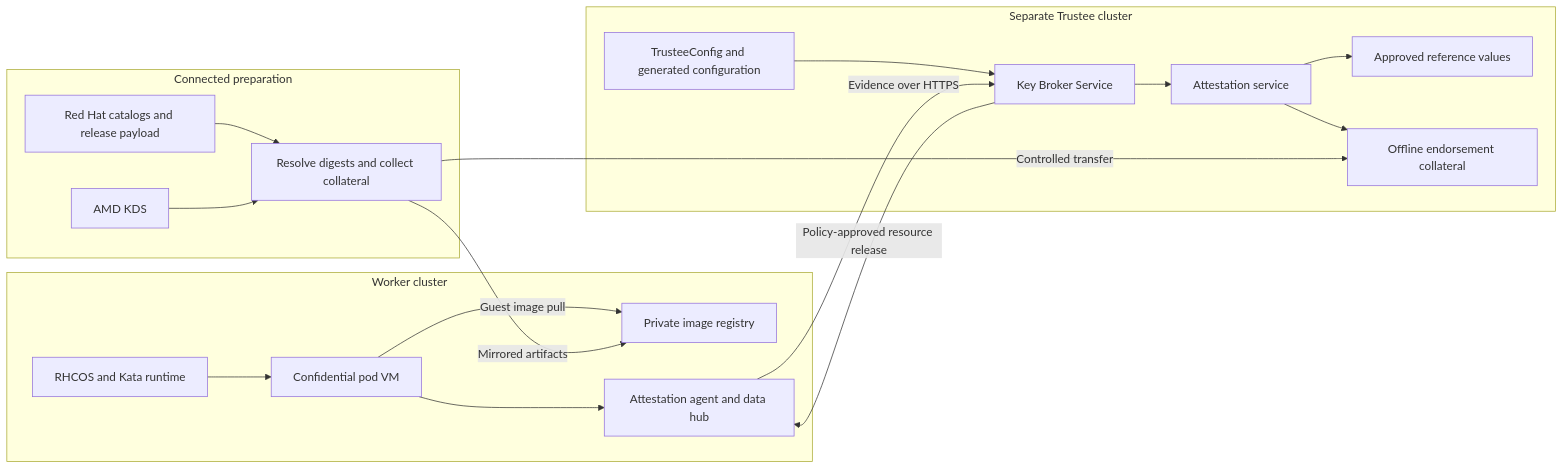
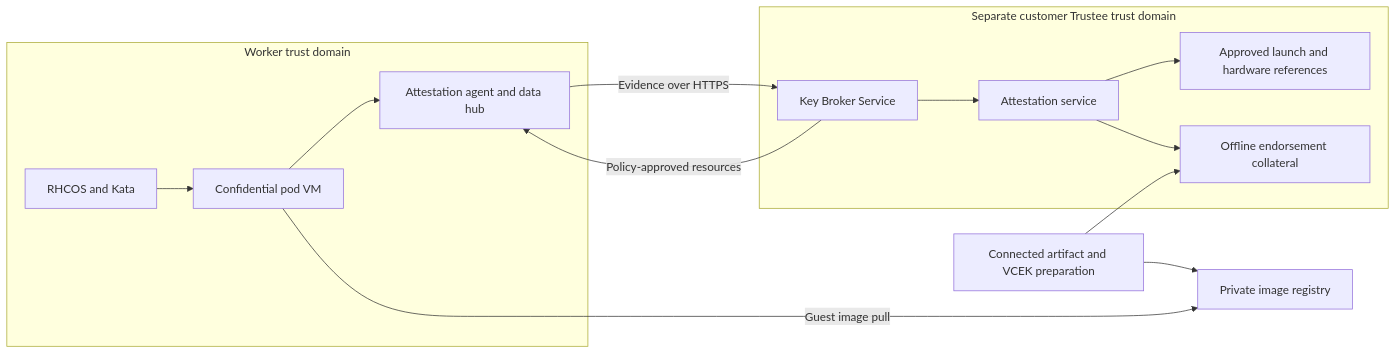
Before and after one commit to shpwrck/openshift-confidential-containers: the first of 3 diagrams in docs/architecture.md, drawn with Mermaid. The commit also changed other lines of this file and 69 other files, not shown here.

````diff
--- a/docs/architecture.md
+++ b/docs/architecture.md
@@ -7,34 +10,17 @@
 ```mermaid
 flowchart LR
-  subgraph Connected[Connected preparation]
-    Sources[Red Hat catalogs and release payload]
-    Vendor[AMD KDS]
-    Tools[Resolve digests and collect collateral]
-    Sources --> Tools
-    Vendor --> Tools
+  Sources[Connected artifact and VCEK preparation] --> Mirror[Private image registry]
+  Sources --> Collateral[Offline endorsement collateral]
+  subgraph Workers[Worker trust domain]
+    Host[RHCOS and Kata] --> Guest[Confidential pod VM]
+    Guest --> Agents[Attestation agent and data hub]
   end
-  subgraph WorkerDomain[Worker cluster]
-    Mirror[Private image registry]
-    Host[RHCOS and Kata runtime]
-    Guest[Confidential pod VM]
-    AA[Attestation agent and data hub]
-    Host --> Guest
-    Guest --> AA
-    Guest -->|Guest image pull| Mirror
+  subgraph Trust[Separate customer Trustee trust domain]
+    KBS[Key Broker Service] --> AS[Attestation service]
+    AS --> Refs[Approved launch and hardware references]
+    AS --> Collateral
   end
-  subgraph TrusteeDomain[Separate Trustee cluster]
-    TC[TrusteeConfig and generated configuration]
-    KBS[Key Broker Service]
-    AS[Attestation service]
-    RVPS[Approved reference values]
-    Offline[Offline endorsement collateral]
-    TC --> KBS
-    KBS --> AS
-    AS --> RVPS
-    AS --> Offline
-  end
-  Tools -->|Mirrored artifacts| Mirror
-  Tools -->|Controlled transfer| Offline
-  AA -->|Evidence over HTTPS| KBS
-  KBS -->|Policy-approved resource release| AA
+  Guest -->|Guest image pull| Mirror
+  Agents -->|Evidence over HTTPS| KBS
+  KBS -->|Policy-approved resources| Agents
 ```
````
